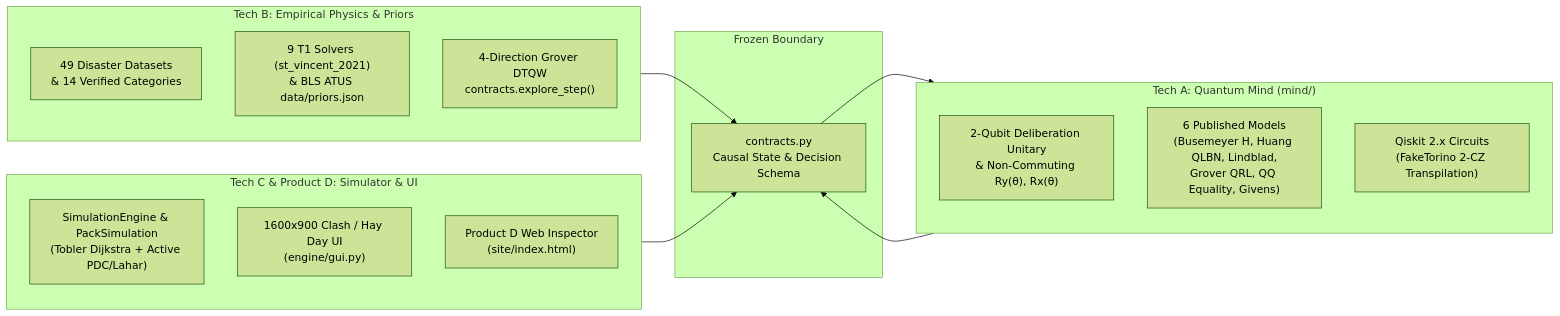
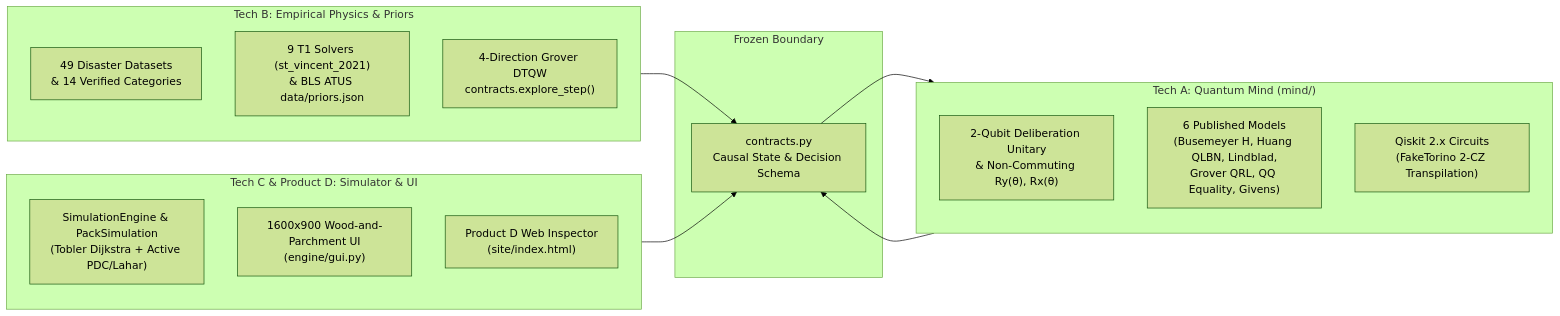
Before and after one commit to Muammal/Qiskit-Fest-Qognition: the diagram in docs/PRESENTATION_SLIDES.md, drawn with Mermaid (forest theme). The commit also changed other lines of this file and 228 other files, not shown here.

````diff
--- a/docs/PRESENTATION_SLIDES.md
+++ b/docs/PRESENTATION_SLIDES.md
@@ -38,29 +38,29 @@
 ```mermaid
 flowchart LR
     subgraph TB_TRACK["Tech B: Empirical Physics & Priors"]
         D49["49 Disaster Datasets\n& 14 Verified Categories"]
         T1["9 T1 Solvers (st_vincent_2021)\n& BLS ATUS data/priors.json"]
         DTQW["4-Direction Grover DTQW\ncontracts.explore_step()"]
     end
 
     subgraph CONTRACT["Frozen Boundary"]
         C["contracts.py\nCausal State & Decision Schema"]
     end
 
     subgraph TA_TRACK["Tech A: Quantum Mind (mind/)"]
         U2Q["2-Qubit Deliberation Unitary\n& Non-Commuting Ry(θ), Rx(θ)"]
         M6["6 Published Models\n(Busemeyer H, Huang QLBN, Lindblad,\nGrover QRL, QQ Equality, Givens)"]
         QK["Qiskit 2.x Circuits\n(FakeTorino 2-CZ Transpilation)"]
     end
 
     subgraph TC_TRACK["Tech C & Product D: Simulator & UI"]
         ENG["SimulationEngine & PackSimulation\n(Tobler Dijkstra + Active PDC/Lahar)"]
-        GUI["1600x900 Clash / Hay Day UI\n(engine/gui.py)"]
+        GUI["1600x900 Wood-and-Parchment UI\n(engine/gui.py)"]
         WEB["Product D Web Inspector\n(site/index.html)"]
     end
 
     TB_TRACK --> C
     TC_TRACK --> C
     C --> TA_TRACK
     TA_TRACK --> C
 ```
````
